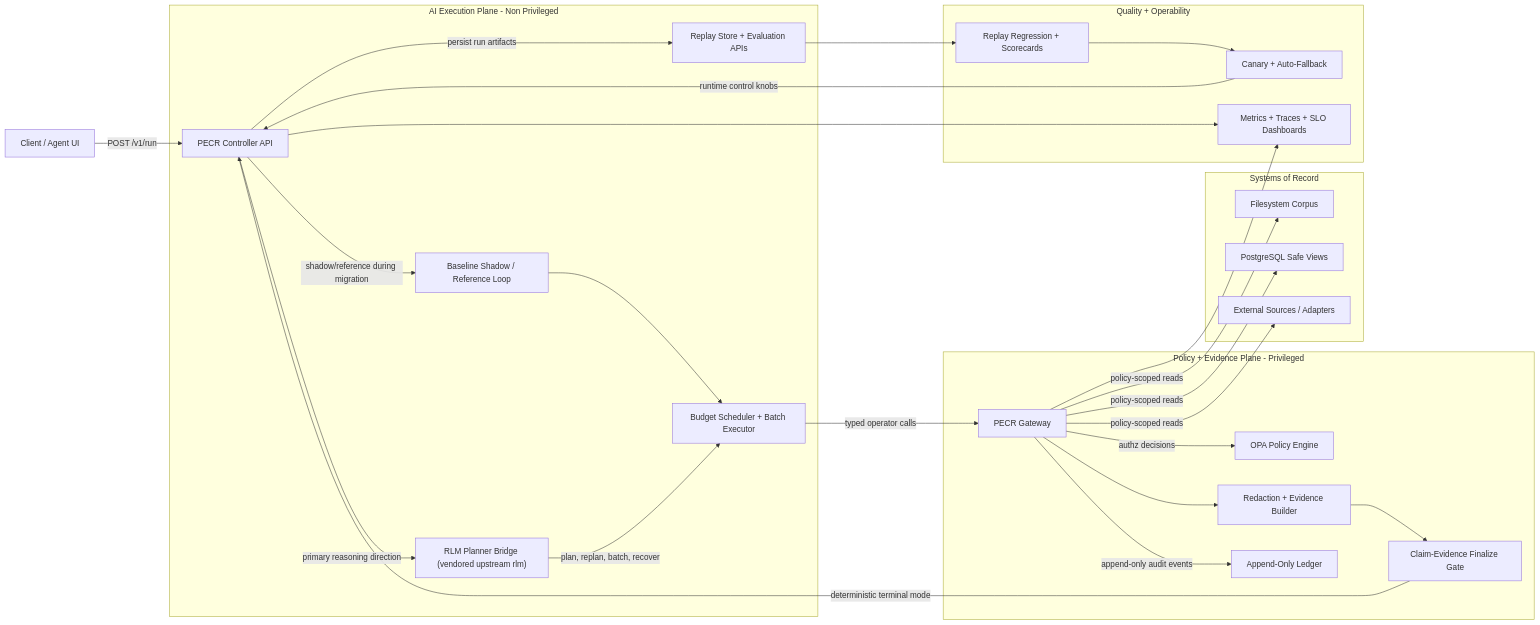
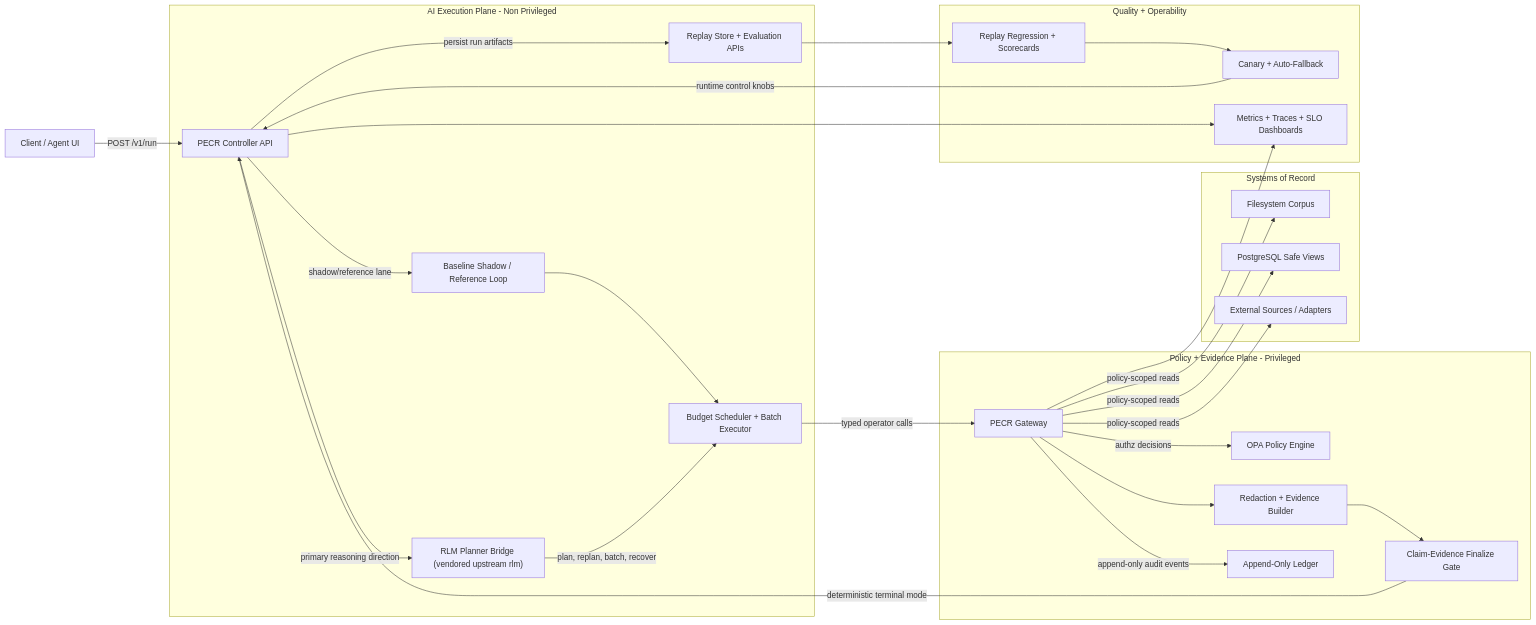
The diagram in README.md (aliuyar1234/PECR), drawn with Mermaid before and after one commit. The commit also changed other lines of this file and 16 other files, not shown here.

````diff
--- a/README.md
+++ b/README.md
@@ -40,57 +40,57 @@
 ```mermaid
 flowchart LR
     Client["Client / Agent UI"]
 
     subgraph AIPlane["AI Execution Plane - Non Privileged"]
       Controller["PECR Controller API"]
       Baseline["Baseline Shadow / Reference Loop"]
       RLM["RLM Planner Bridge (vendored upstream rlm)"]
       Scheduler["Budget Scheduler + Batch Executor"]
       Replay["Replay Store + Evaluation APIs"]
     end
 
     subgraph Governance["Policy + Evidence Plane - Privileged"]
       Gateway["PECR Gateway"]
       OPA["OPA Policy Engine"]
       Evidence["Redaction + Evidence Builder"]
       Finalize["Claim-Evidence Finalize Gate"]
       Ledger["Append-Only Ledger"]
     end
 
     subgraph SoR["Systems of Record"]
       FS["Filesystem Corpus"]
       PG["PostgreSQL Safe Views"]
       EXT["External Sources / Adapters"]
     end
 
     subgraph Ops["Quality + Operability"]
       Eval["Replay Regression + Scorecards"]
       Canary["Canary + Auto-Fallback"]
       Obs["Metrics + Traces + SLO Dashboards"]
     end
 
     Client -->|POST /v1/run| Controller
-    Controller -->|shadow/reference during migration| Baseline
+    Controller -->|shadow/reference lane| Baseline
     Controller -->|primary reasoning direction| RLM
     Baseline --> Scheduler
     RLM -->|plan, replan, batch, recover| Scheduler
 
     Scheduler -->|typed operator calls| Gateway
     Gateway -->|authz decisions| OPA
     Gateway --> Evidence
     Evidence --> Finalize
     Finalize -->|deterministic terminal mode| Controller
 
     Gateway -->|policy-scoped reads| FS
     Gateway -->|policy-scoped reads| PG
     Gateway -->|policy-scoped reads| EXT
     Gateway -->|append-only audit events| Ledger
 
     Controller -->|persist run artifacts| Replay
     Replay --> Eval
     Eval --> Canary
     Canary -->|runtime control knobs| Controller
 
     Controller --> Obs
     Gateway --> Obs
 ```
````
